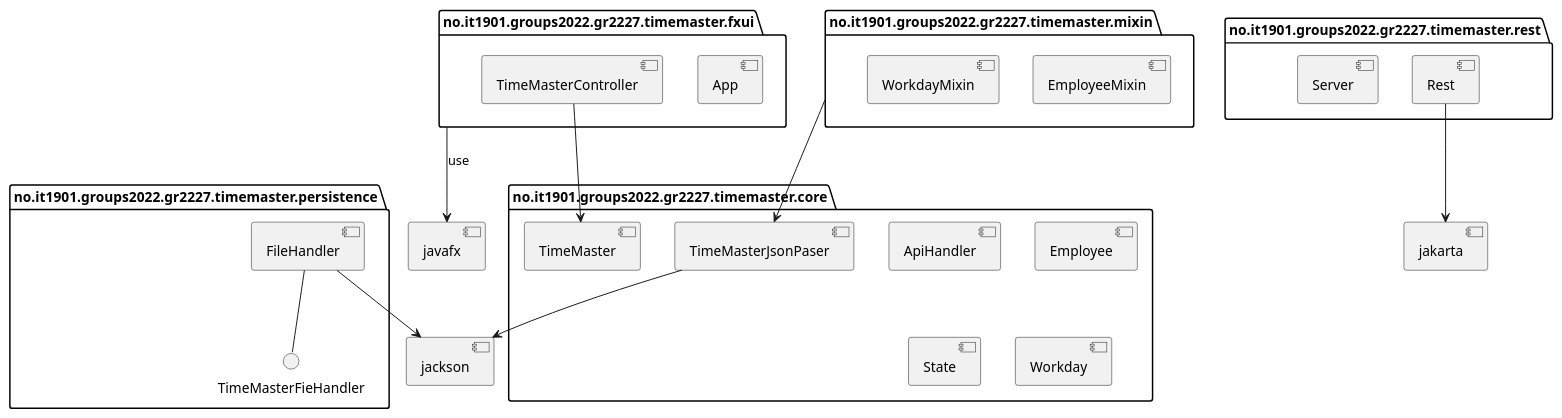
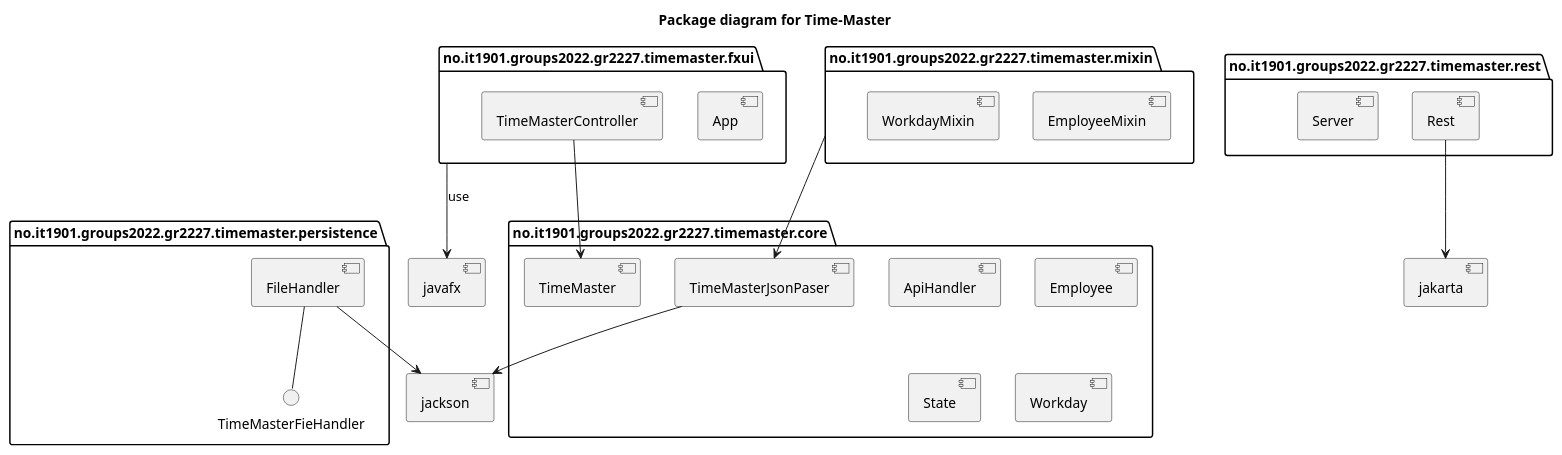
The diagram in docs/diagrams/packagediagram.plantuml (sleipner01/TimeMaster), drawn with PlantUML before and after one commit.

Commit message:
Added title to package diagram

```diff
--- a/docs/diagrams/packagediagram.plantuml
+++ b/docs/diagrams/packagediagram.plantuml
@@ -1,45 +1,46 @@
 @startuml Time Master
 
+title Package diagram for Time-Master
 package "no.it1901.groups2022.gr2227.timemaster.core" as "core" {
   component ApiHandler
   component Employee
   component TimeMasterJsonPaser
   component State
   component TimeMaster
   component Workday
 }
 
 package "no.it1901.groups2022.gr2227.timemaster.fxui" as "fxui" {
   component App
   component TimeMasterController
 }
 
 package "no.it1901.groups2022.gr2227.timemaster.mixin" as "mixin" {
   component EmployeeMixin
   component WorkdayMixin
 }
 
 package "no.it1901.groups2022.gr2227.timemaster.persistence" as "pers" {
   interface TimeMasterFieHandler as TFH
   component FileHandler
   FileHandler -- TFH
 }
 
 package "no.it1901.groups2022.gr2227.timemaster.rest" as "rest" {
   component Rest
   component Server
 }
 
 component javafx 
 component jakarta
 component jackson
 
 fxui --> javafx : "use"
 TimeMasterController --> TimeMaster
 Rest --> jakarta
 FileHandler --> jackson
 TimeMasterJsonPaser --> jackson
 mixin --> TimeMasterJsonPaser
 
 
 @enduml
```
